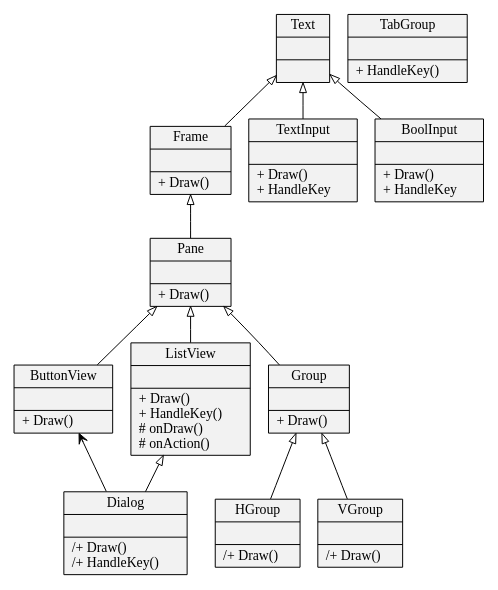
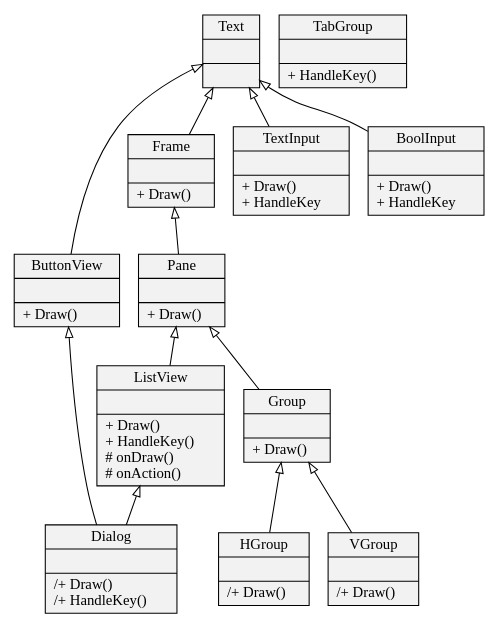
Before and after one commit to rstemmer/musicdb: the diagram in docs/source/lib/clui.rst, drawn with Graphviz. The commit also changed 5 other files, not shown here.

```diff
--- a/docs/source/lib/clui.rst
+++ b/docs/source/lib/clui.rst
@@ -15,38 +15,39 @@
    .. graphviz::
 
       digraph hierarchy {
          size="5,8"
          node[shape=record,style=filled,fillcolor=gray95]
          edge[dir=back, arrowtail=empty]
 
          Text        [label = "{Text||}"]
          Frame       [label = "{Frame||+ Draw()\l}"]
          Pane        [label = "{Pane||+ Draw()\l}"]
          ButtonView  [label = "{ButtonView||+ Draw()\l}"]
          ListView    [label = "{ListView||+ Draw()\l+ HandleKey()\l# onDraw()\l# onAction()\l}"]
          Dialog      [label = "{Dialog||/+ Draw()\l/+ HandleKey()\l}"]
          Group       [label = "{Group||+ Draw()\l}"]
          HGroup      [label = "{HGroup||/+ Draw()\l}"]
          VGroup      [label = "{VGroup||/+ Draw()\l}"]
          TabGroup    [label = "{TabGroup||+ HandleKey()\l}"]
          TextInput   [label = "{TextInput||+ Draw()\l+ HandleKey\l}"]
          BoolInput   [label = "{BoolInput||+ Draw()\l+ HandleKey\l}"]
 
          Text        -> Frame
          Text        -> TextInput
          Text        -> BoolInput
+         Text        -> ButtonView
+
          Frame       -> Pane
          
-         Pane        -> ButtonView
          Pane        -> ListView
          Pane        -> Group
 
          ListView    -> Dialog
-         ButtonView  -> Dialog [arrowtail=open]
+         ButtonView  -> Dialog
 
          Group       -> HGroup
          Group       -> VGroup
 
          TabGroup
 
       }
```
